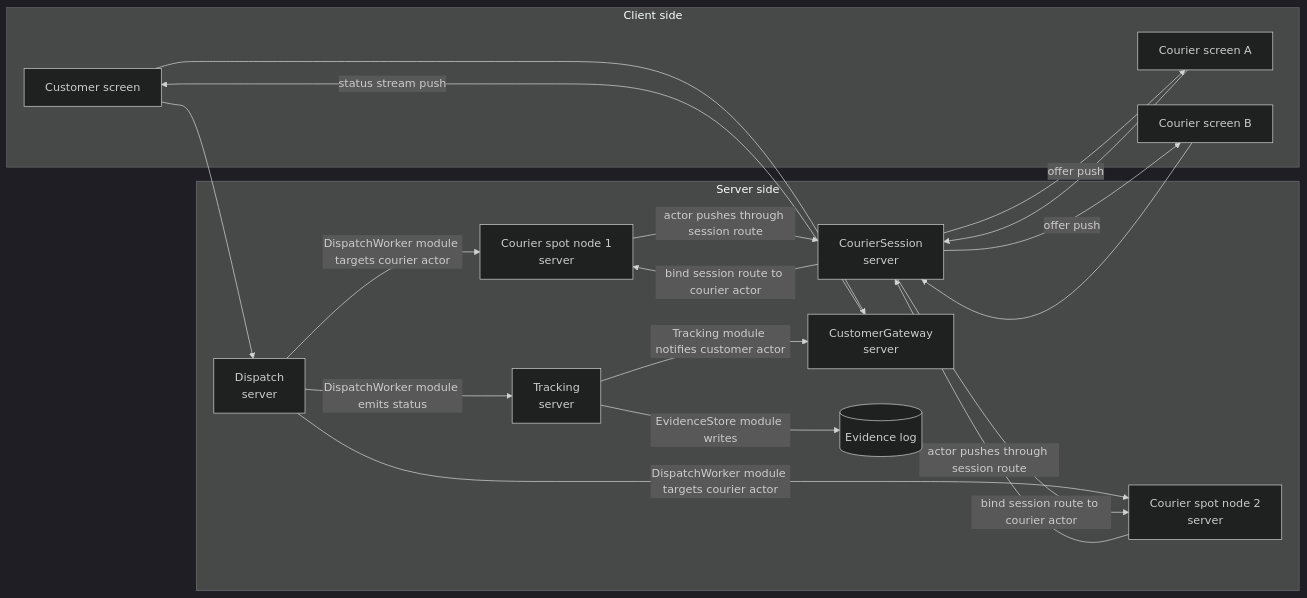
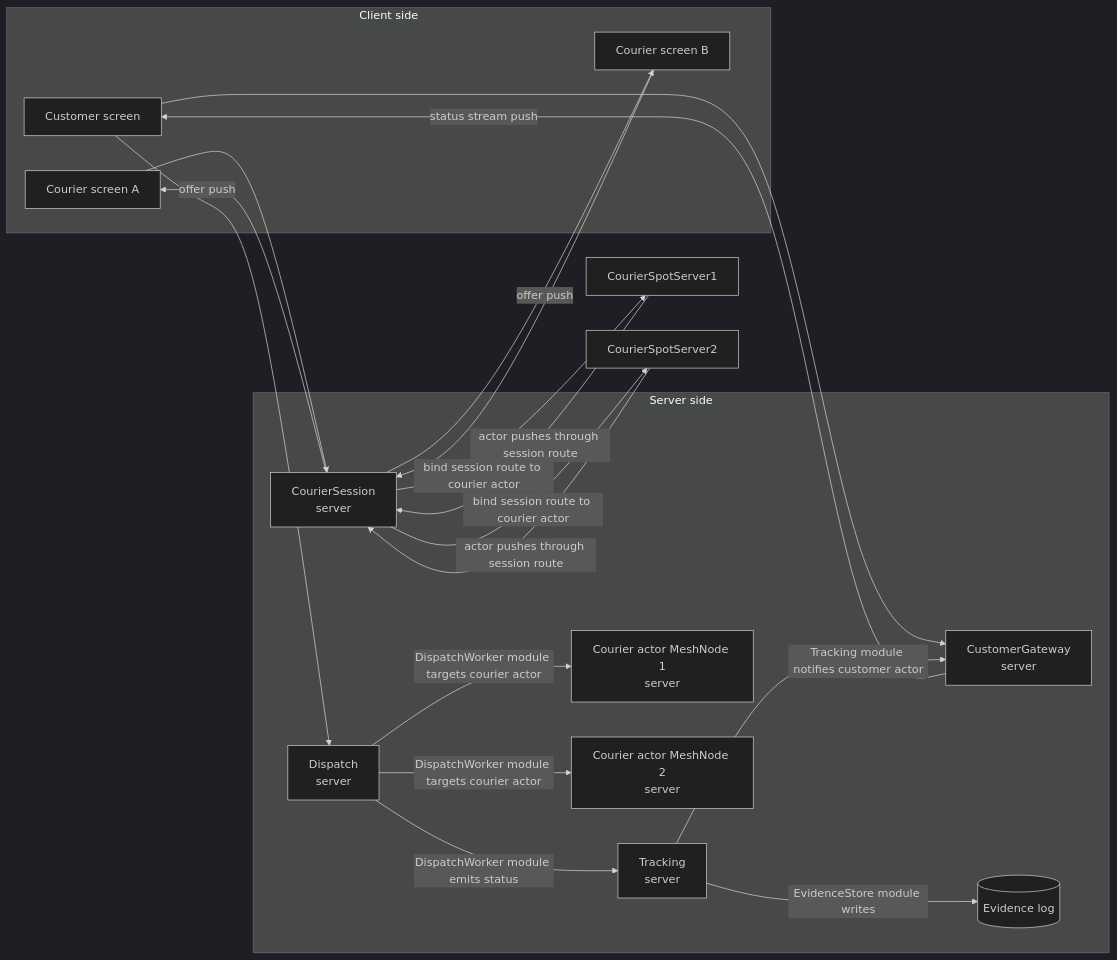
Before and after one commit to kairos-code-dev/zlink: the second of 5 diagrams in framework/doc/framework/common/sample/deliverydispatch/README.ko.md, drawn with Mermaid (dark theme). The commit also changed other lines of this file and 293 other files, not shown here.

````diff
--- a/framework/doc/framework/common/sample/deliverydispatch/README.ko.md
+++ b/framework/doc/framework/common/sample/deliverydispatch/README.ko.md
@@ -141,38 +141,38 @@
 ```mermaid
 flowchart LR
     subgraph ClientSide[Client side]
         Customer[Customer screen]
         CourierClientA[Courier screen A]
         CourierClientB[Courier screen B]
     end
 
     subgraph ServerSide[Server side]
         DispatchServer["Dispatch<br/>server"]
         CourierSessionServer["CourierSession<br/>server"]
-        CourierSpotServer1["Courier spot node 1<br/>server"]
-        CourierSpotServer2["Courier spot node 2<br/>server"]
+        CourierActorServer1["Courier actor MeshNode 1<br/>server"]
+        CourierActorServer2["Courier actor MeshNode 2<br/>server"]
         CustomerGatewayServer["CustomerGateway<br/>server"]
         TrackingServer["Tracking<br/>server"]
         Evidence[(Evidence log)]
     end
 
     Customer --> DispatchServer
     Customer --> CustomerGatewayServer
     CourierClientA --> CourierSessionServer
     CourierClientB --> CourierSessionServer
 
-    DispatchServer -->|DispatchWorker module targets courier actor| CourierSpotServer1
-    DispatchServer -->|DispatchWorker module targets courier actor| CourierSpotServer2
+    DispatchServer -->|DispatchWorker module targets courier actor| CourierActorServer1
+    DispatchServer -->|DispatchWorker module targets courier actor| CourierActorServer2
     DispatchServer -->|DispatchWorker module emits status| TrackingServer
 
     CourierSessionServer -->|bind session route to courier actor| CourierSpotServer1
     CourierSessionServer -->|bind session route to courier actor| CourierSpotServer2
     CourierSpotServer1 -->|actor pushes through session route| CourierSessionServer
     CourierSpotServer2 -->|actor pushes through session route| CourierSessionServer
     CourierSessionServer -->|offer push| CourierClientA
     CourierSessionServer -->|offer push| CourierClientB
 
     TrackingServer -->|EvidenceStore module writes| Evidence
     TrackingServer -->|Tracking module notifies customer actor| CustomerGatewayServer
     CustomerGatewayServer -->|status stream push| Customer
 ```
````
